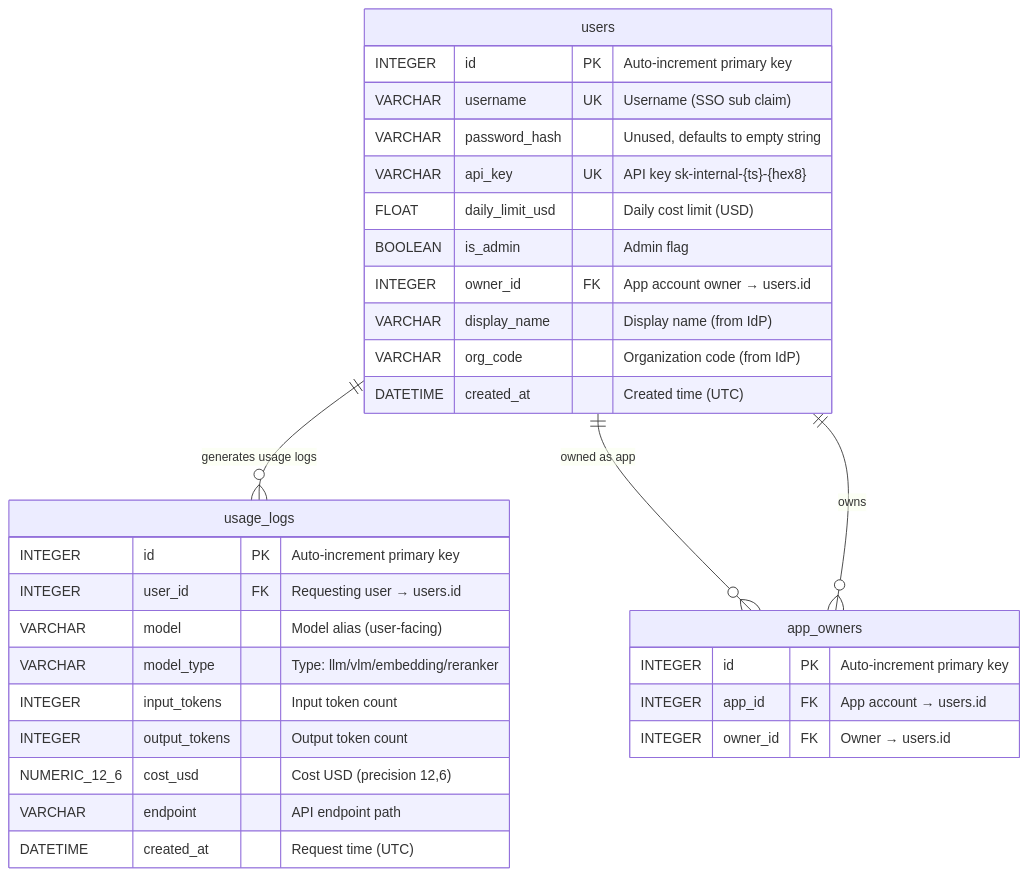
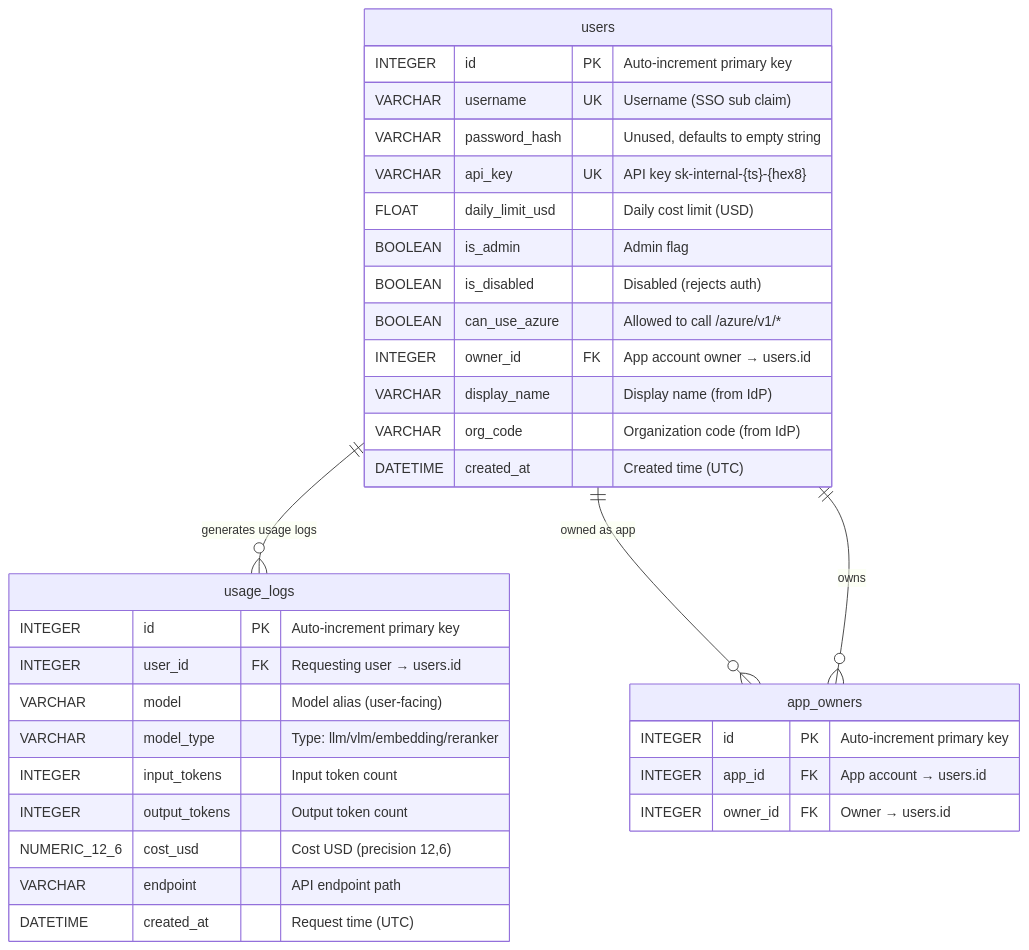
One commit to bwinken/llm-gateway changed the first of 3 diagrams in app/models/README.md. Above: the diagram before and after it, drawn with Mermaid. The commit also changed other lines of this file and 28 other files, not shown here.

````diff
--- a/app/models/README.md
+++ b/app/models/README.md
@@ -15,37 +15,39 @@
 ```mermaid
 erDiagram
     users {
         INTEGER id PK "Auto-increment primary key"
         VARCHAR username UK "Username (SSO sub claim)"
         VARCHAR password_hash "Unused, defaults to empty string"
         VARCHAR api_key UK "API key sk-internal-{ts}-{hex8}"
         FLOAT daily_limit_usd "Daily cost limit (USD)"
         BOOLEAN is_admin "Admin flag"
+        BOOLEAN is_disabled "Disabled (rejects auth)"
+        BOOLEAN can_use_azure "Allowed to call /azure/v1/*"
         INTEGER owner_id FK "App account owner → users.id"
         VARCHAR display_name "Display name (from IdP)"
         VARCHAR org_code "Organization code (from IdP)"
         DATETIME created_at "Created time (UTC)"
     }
 
     usage_logs {
         INTEGER id PK "Auto-increment primary key"
         INTEGER user_id FK "Requesting user → users.id"
         VARCHAR model "Model alias (user-facing)"
         VARCHAR model_type "Type: llm/vlm/embedding/reranker"
         INTEGER input_tokens "Input token count"
         INTEGER output_tokens "Output token count"
         NUMERIC_12_6 cost_usd "Cost USD (precision 12,6)"
         VARCHAR endpoint "API endpoint path"
         DATETIME created_at "Request time (UTC)"
     }
 
     app_owners {
         INTEGER id PK "Auto-increment primary key"
         INTEGER app_id FK "App account → users.id"
         INTEGER owner_id FK "Owner → users.id"
     }
 
     users ||--o{ usage_logs : "generates usage logs"
     users ||--o{ app_owners : "owned as app"
     users ||--o{ app_owners : "owns"
 ```
````
